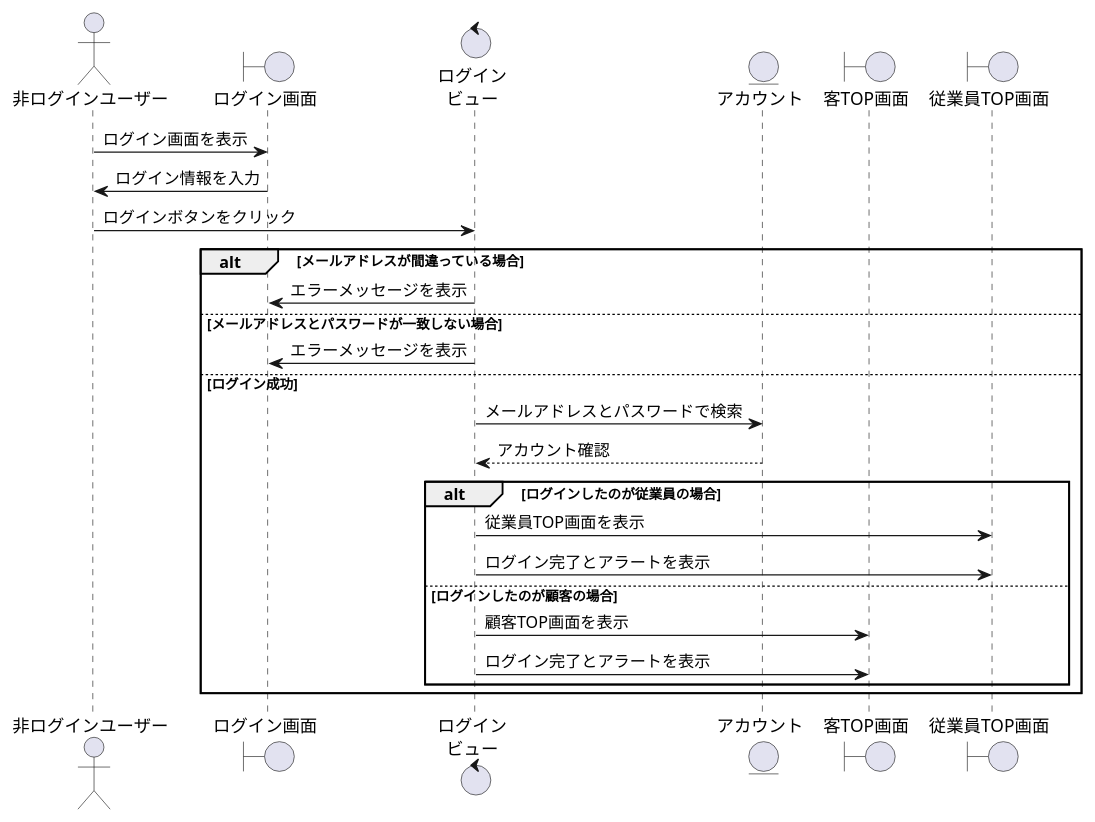
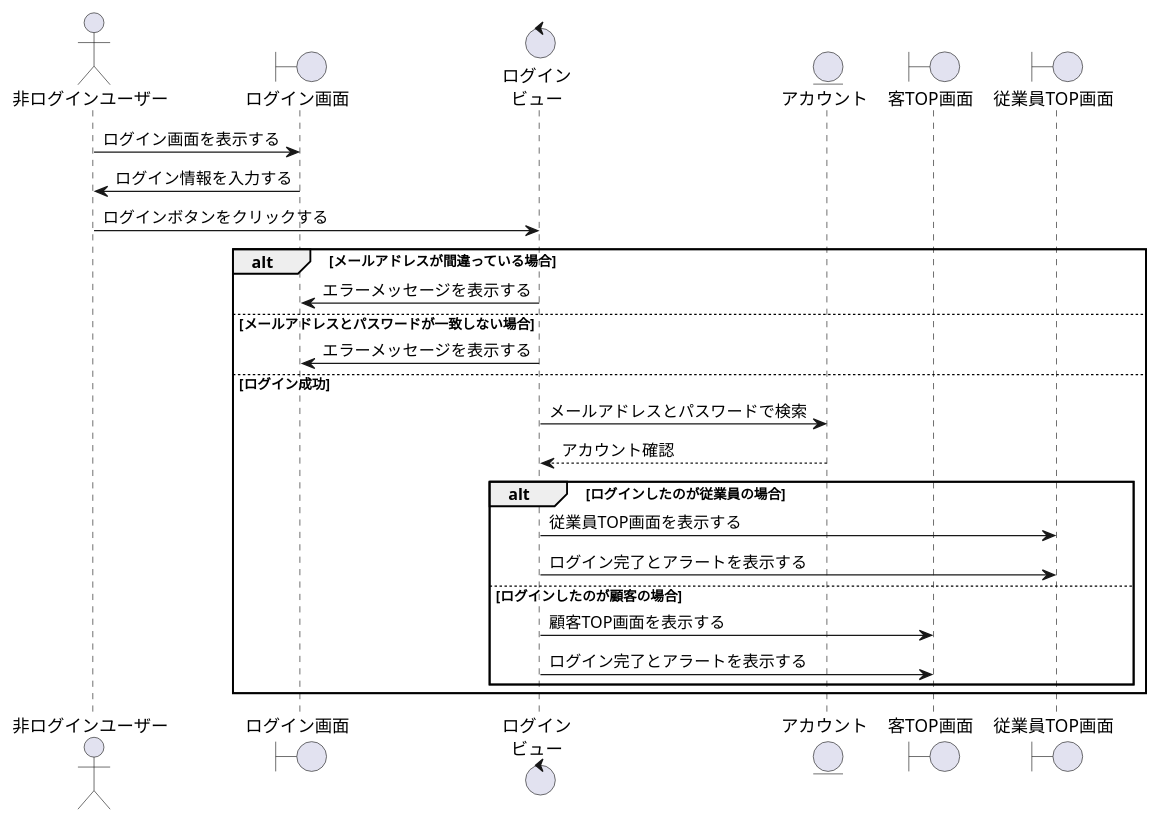
Before and after one commit to ysyk-wtnb16/team_D: the diagram in BBショップ/ログイン.wsd, drawn with PlantUML. The commit also changed 1 other file, not shown here.

```diff
--- a/BBショップ/ログイン.wsd
+++ b/BBショップ/ログイン.wsd
@@ -1,32 +1,32 @@
 @startuml login
 actor "非ログインユーザー" as nonlogin
 boundary "ログイン画面" as log
 control "ログイン\nビュー" as logv
 entity "アカウント" as account
 boundary "客TOP画面" as kyaku_top
 boundary "従業員TOP画面" as juugyouin_top
  
-nonlogin -> log: ログイン画面を表示
+nonlogin -> log: ログイン画面を表示する
 
-nonlogin <- log: ログイン情報を入力
+nonlogin <- log: ログイン情報を入力する
 
-nonlogin -> logv: ログインボタンをクリック
+nonlogin -> logv: ログインボタンをクリックする
  
  
 alt メールアドレスが間違っている場合
-    logv -> log: エラーメッセージを表示
+    logv -> log: エラーメッセージを表示する
 else メールアドレスとパスワードが一致しない場合
-    logv -> log: エラーメッセージを表示
+    logv -> log: エラーメッセージを表示する
 else ログイン成功
 
     logv -> account: メールアドレスとパスワードで検索
     account --> logv: アカウント確認
     alt ログインしたのが従業員の場合
-        logv -> juugyouin_top: 従業員TOP画面を表示
-        logv -> juugyouin_top:ログイン完了とアラートを表示
+        logv -> juugyouin_top: 従業員TOP画面を表示する
+        logv -> juugyouin_top:ログイン完了とアラートを表示する
     else ログインしたのが顧客の場合
-        logv -> kyaku_top: 顧客TOP画面を表示
-        logv -> kyaku_top:ログイン完了とアラートを表示
+        logv -> kyaku_top: 顧客TOP画面を表示する
+        logv -> kyaku_top:ログイン完了とアラートを表示する
     end
 end
 @enduml
```
